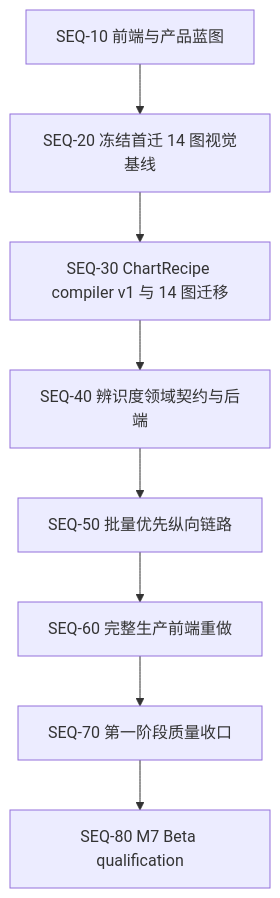
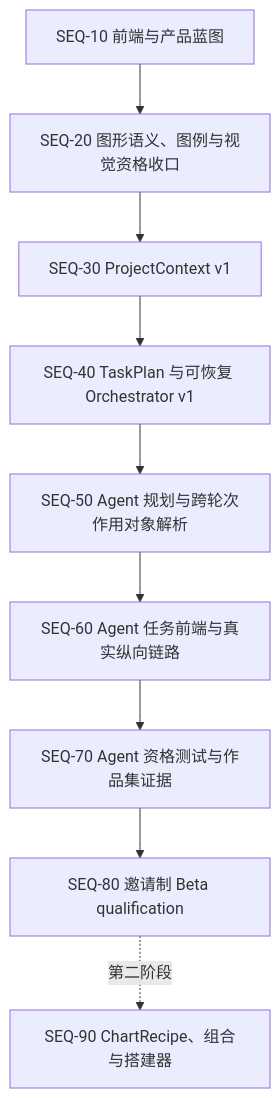
One commit to jike370/PlotAgent changed the diagram in docs/FRONTEND-P0-DIFFERENTIATION-SEQUENCE.md. Above: the diagram before and after it, drawn with Mermaid. The commit also changed other lines of this file and 6 other files, not shown here.

Commit message:
docs(product): prioritize project context and task orchestration

````diff
--- a/docs/FRONTEND-P0-DIFFERENTIATION-SEQUENCE.md
+++ b/docs/FRONTEND-P0-DIFFERENTIATION-SEQUENCE.md
@@ -48,10 +49,11 @@
 ```mermaid
 flowchart TD
-    S10["SEQ-10 前端与产品蓝图"] --> S20["SEQ-20 冻结首迁 14 图视觉基线"]
-    S20 --> S30["SEQ-30 ChartRecipe compiler v1 与 14 图迁移"]
-    S30 --> S40["SEQ-40 辨识度领域契约与后端"]
-    S40 --> S50["SEQ-50 批量优先纵向链路"]
-    S50 --> S60["SEQ-60 完整生产前端重做"]
-    S60 --> S70["SEQ-70 第一阶段质量收口"]
-    S70 --> S80["SEQ-80 M7 Beta qualification"]
+    S10["SEQ-10 前端与产品蓝图"] --> S20["SEQ-20 图形语义、图例与视觉资格收口"]
+    S20 --> S30["SEQ-30 ProjectContext v1"]
+    S30 --> S40["SEQ-40 TaskPlan 与可恢复 Orchestrator v1"]
+    S40 --> S50["SEQ-50 Agent 规划与跨轮次作用对象解析"]
+    S50 --> S60["SEQ-60 Agent 任务前端与真实纵向链路"]
+    S60 --> S70["SEQ-70 Agent 资格测试与作品集证据"]
+    S70 --> S80["SEQ-80 邀请制 Beta qualification"]
+    S80 -.第二阶段.-> S90["SEQ-90 ChartRecipe、组合与搭建器"]
 ```
````
